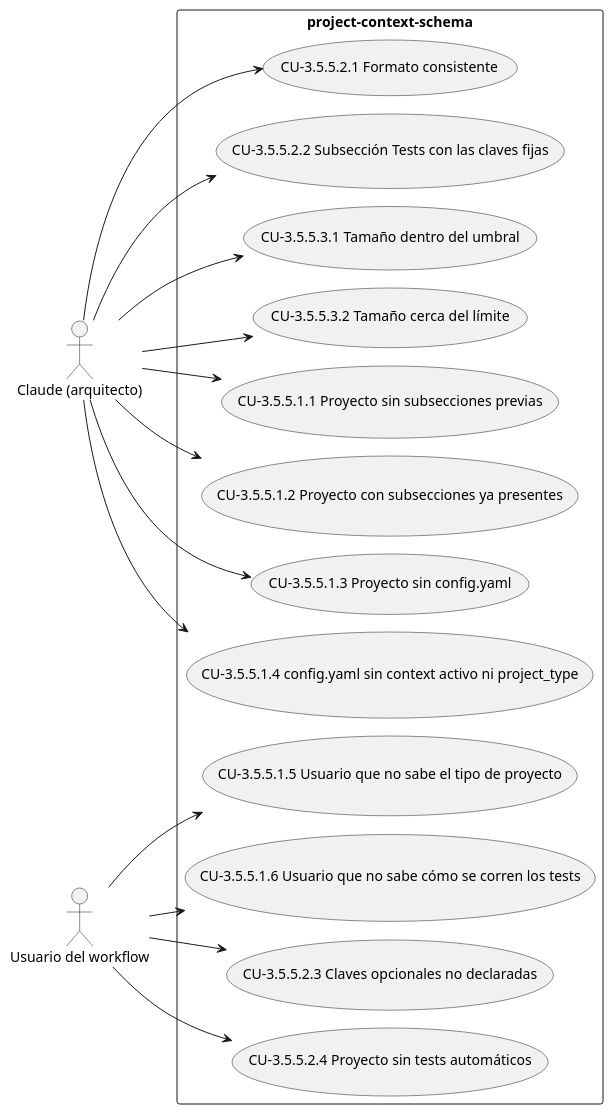
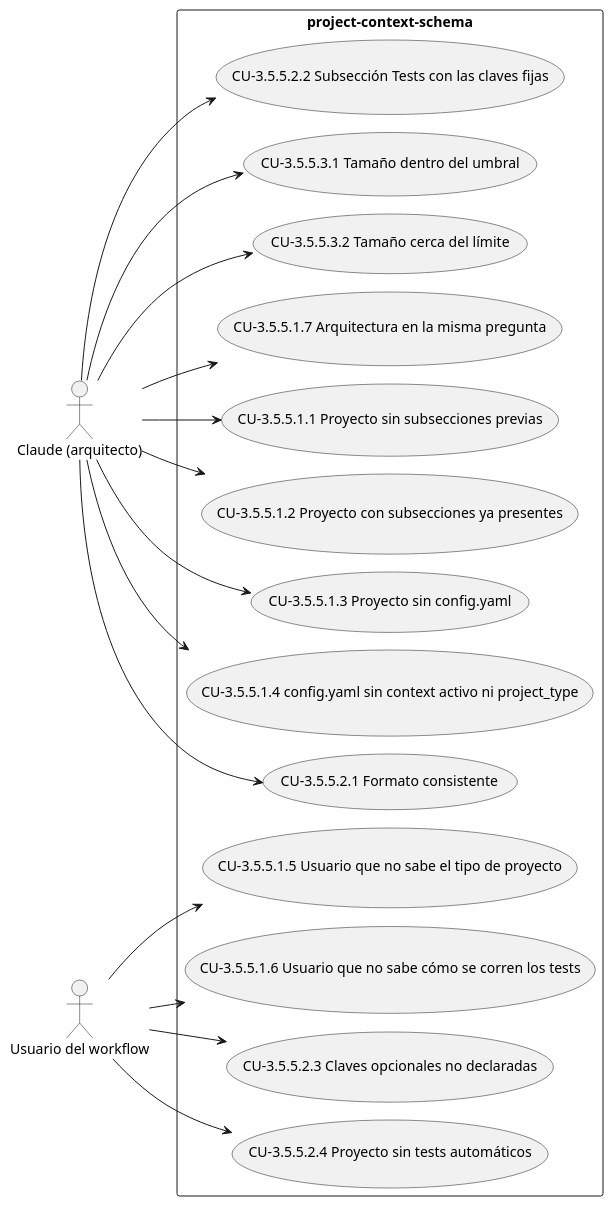
The diagram in docs/diagramas/CAP-3.5.5.puml (Lautaro-Montecchiani/sdd-global-config), drawn with PlantUML before and after one commit. The commit also changed 7 other files, not shown here.

```diff
--- a/docs/diagramas/CAP-3.5.5.puml
+++ b/docs/diagramas/CAP-3.5.5.puml
@@ -1,32 +1,34 @@
 @startuml
 !pragma layout smetana
 left to right direction
 actor "Claude (arquitecto)" as A1
 actor "Usuario del workflow" as A2
 rectangle "project-context-schema" {
   usecase "CU-3.5.5.1.1 Proyecto sin subsecciones previas" as UC_3_5_5_1_1
   usecase "CU-3.5.5.1.2 Proyecto con subsecciones ya presentes" as UC_3_5_5_1_2
   usecase "CU-3.5.5.1.3 Proyecto sin config.yaml" as UC_3_5_5_1_3
   usecase "CU-3.5.5.1.4 config.yaml sin context activo ni project_type" as UC_3_5_5_1_4
   usecase "CU-3.5.5.1.5 Usuario que no sabe el tipo de proyecto" as UC_3_5_5_1_5
   usecase "CU-3.5.5.1.6 Usuario que no sabe cómo se corren los tests" as UC_3_5_5_1_6
   usecase "CU-3.5.5.2.1 Formato consistente" as UC_3_5_5_2_1
   usecase "CU-3.5.5.2.2 Subsección Tests con las claves fijas" as UC_3_5_5_2_2
   usecase "CU-3.5.5.2.3 Claves opcionales no declaradas" as UC_3_5_5_2_3
   usecase "CU-3.5.5.2.4 Proyecto sin tests automáticos" as UC_3_5_5_2_4
   usecase "CU-3.5.5.3.1 Tamaño dentro del umbral" as UC_3_5_5_3_1
   usecase "CU-3.5.5.3.2 Tamaño cerca del límite" as UC_3_5_5_3_2
+  usecase "CU-3.5.5.1.7 Arquitectura en la misma pregunta" as UC_3_5_5_1_7
 }
 A1 --> UC_3_5_5_1_1
 A1 --> UC_3_5_5_1_2
 A1 --> UC_3_5_5_1_3
 A1 --> UC_3_5_5_1_4
 A2 --> UC_3_5_5_1_5
 A2 --> UC_3_5_5_1_6
 A1 --> UC_3_5_5_2_1
 A1 --> UC_3_5_5_2_2
 A2 --> UC_3_5_5_2_3
 A2 --> UC_3_5_5_2_4
 A1 --> UC_3_5_5_3_1
 A1 --> UC_3_5_5_3_2
+A1 --> UC_3_5_5_1_7
 @enduml
```
